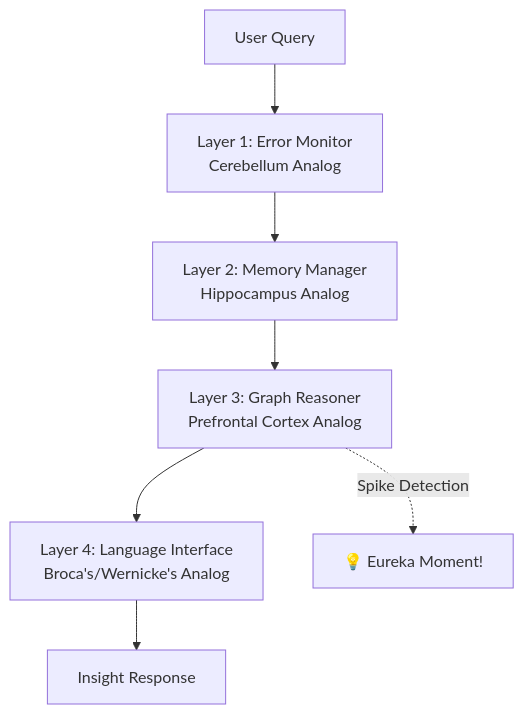
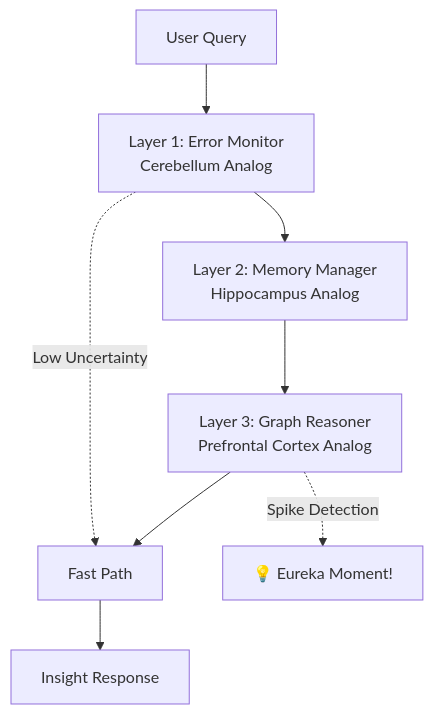
One commit to miyauchikazuyoshi/InsightSpike-AI changed the diagram in README.md. Above: the diagram before and after it, drawn with Mermaid. The commit also changed other lines of this file and 38 other files, not shown here.

````diff
--- a/README.md
+++ b/README.md
@@ -20,10 +36,11 @@
 ```mermaid
 graph TD
     Query[User Query] --> L1[Layer 1: Error Monitor<br/>Cerebellum Analog]
     L1 --> L2[Layer 2: Memory Manager<br/>Hippocampus Analog]
     L2 --> L3[Layer 3: Graph Reasoner<br/>Prefrontal Cortex Analog]
     L3 --> L4[Layer 4: Language Interface<br/>Broca's/Wernicke's Analog]
     L4 --> Response[Insight Response]
     
     L3 -.->|Spike Detection| Insight[💡 Eureka Moment!]
+    L1 -.->|Low Uncertainty| L4[Fast Path]
 ```
````
